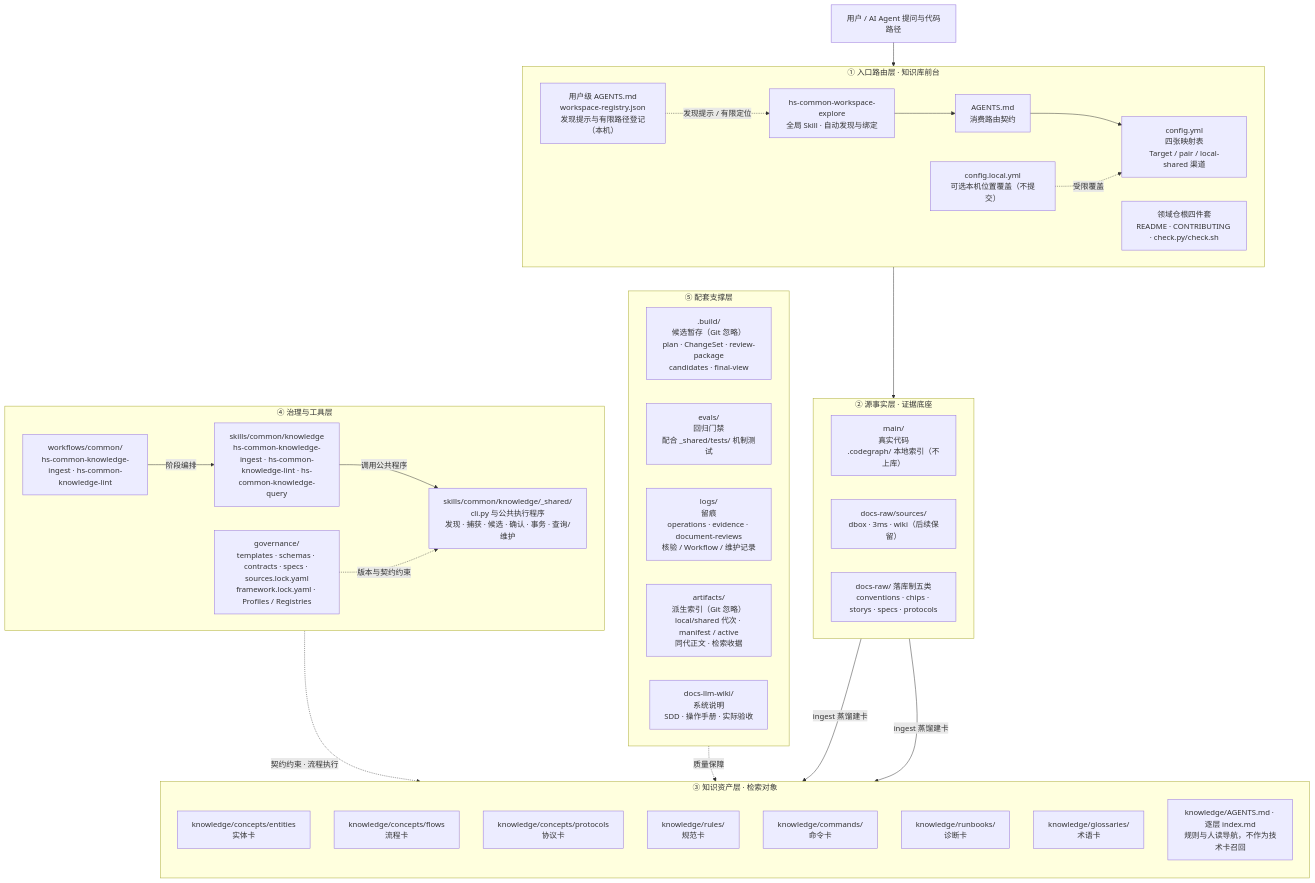
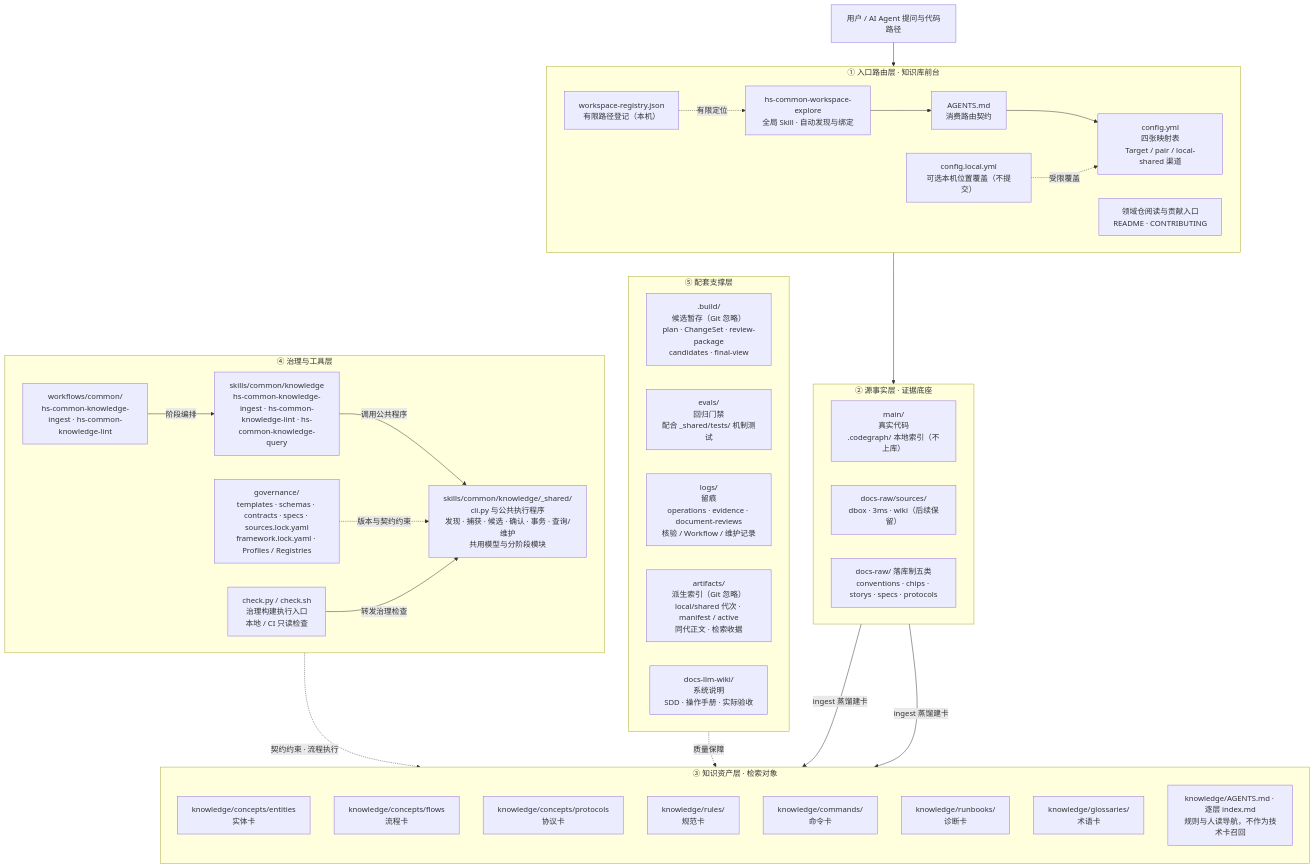
The first of 6 diagrams in docs-llm-wiki/设计文档/aibot.md (Robin-hhc/FactumCore), drawn with Mermaid before and after one commit. The commit also changed other lines of this file and 25 other files, not shown here.

Commit message:
docs(knowledge): narrow entry scope and clarify governance tools and shared engine

````diff
--- a/docs-llm-wiki/设计文档/aibot.md
+++ b/docs-llm-wiki/设计文档/aibot.md
@@ -285,61 +285,63 @@
 ```mermaid
 flowchart TB
     U["用户 / AI Agent 提问与代码路径"]
 
     subgraph S1["① 入口路由层 · 知识库前台"]
         direction LR
         A0["hs-common-workspace-explore<br />全局 Skill · 自动发现与绑定"]
         A1["AGENTS.md<br />消费路由契约"]
         A2["config.yml<br />四张映射表<br />Target / pair / local-shared 渠道"]
-        A3["领域仓根四件套<br />README · CONTRIBUTING · check.py/check.sh"]
-        A4["用户级 AGENTS.md<br />workspace-registry.json<br />发现提示与有限路径登记（本机）"]
+        A3["领域仓阅读与贡献入口<br />README · CONTRIBUTING"]
+        A4["workspace-registry.json<br />有限路径登记（本机）"]
         A5["config.local.yml<br />可选本机位置覆盖（不提交）"]
     end
 
     subgraph S2["② 源事实层 · 证据底座"]
         direction LR
         B1["main/<br />真实代码<br />.codegraph/ 本地索引（不上库）"]
         B2["docs-raw/sources/<br />dbox · 3ms · wiki（后续保留）"]
         B3["docs-raw/ 落库制五类<br />conventions · chips · storys · specs · protocols"]
     end
 
     subgraph S3["③ 知识资产层 · 检索对象"]
         direction TB
         C1["knowledge/concepts/entities<br />实体卡"]
         C2["knowledge/concepts/flows<br />流程卡"]
         C3["knowledge/concepts/protocols<br />协议卡"]
         C4["knowledge/rules/<br />规范卡"]
         C5["knowledge/commands/<br />命令卡"]
         C6["knowledge/runbooks/<br />诊断卡"]
         C7["knowledge/glossaries/<br />术语卡"]
         C8["knowledge/AGENTS.md · 逐层 index.md<br />规则与人读导航，不作为技术卡召回"]
     end
 
     subgraph S4["④ 治理与工具层"]
         direction LR
         D1["governance/<br />templates · schemas · contracts · specs · sources.lock.yaml<br />framework.lock.yaml · Profiles / Registries"]
         D2["skills/common/knowledge<br />hs-common-knowledge-ingest · hs-common-knowledge-lint · hs-common-knowledge-query"]
         D3["workflows/common/<br />hs-common-knowledge-ingest · hs-common-knowledge-lint"]
         D3 -->|"阶段编排"| D2
-        D4["skills/common/knowledge/_shared/<br />cli.py 与公共执行程序<br />发现 · 捕获 · 候选 · 确认 · 事务 · 查询/维护"]
+        D4["skills/common/knowledge/_shared/<br />cli.py 与公共执行程序<br />发现 · 捕获 · 候选 · 确认 · 事务 · 查询/维护<br />共用模型与分阶段模块"]
         D2 -->|"调用公共程序"| D4
         D1 -.->|"版本与契约约束"| D4
+        D5["check.py / check.sh<br />治理构建执行入口<br />本地 / CI 只读检查"]
+        D5 -->|"转发治理检查"| D4
     end
 
     subgraph S5["⑤ 配套支撑层"]
         direction LR
         E1[".build/<br />候选暂存（Git 忽略）<br />plan · ChangeSet · review-package<br />candidates · final-view"]
         E2["evals/<br />回归门禁<br />配合 _shared/tests/ 机制测试"]
         E3["logs/<br />留痕<br />operations · evidence · document-reviews<br />核验 / Workflow / 维护记录"]
         E4["artifacts/<br />派生索引（Git 忽略）<br />local/shared 代次 · manifest / active<br />同代正文 · 检索收据"]
         E5["docs-llm-wiki/<br />系统说明<br />SDD · 操作手册 · 实际验收"]
     end
 
     U --> A0 --> A1 --> A2
     A2 --> S2
-    A4 -.->|"发现提示 / 有限定位"| A0
+    A4 -.->|"有限定位"| A0
     A5 -.->|"受限覆盖"| A2
     B1 & B3 -->|"ingest 蒸馏建卡"| S3
     S4 -.->|"契约约束 · 流程执行"| S3
     S5 -.->|"质量保障"| S3
 ```
````
